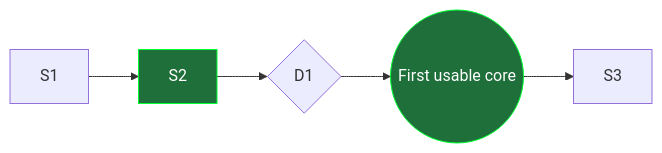
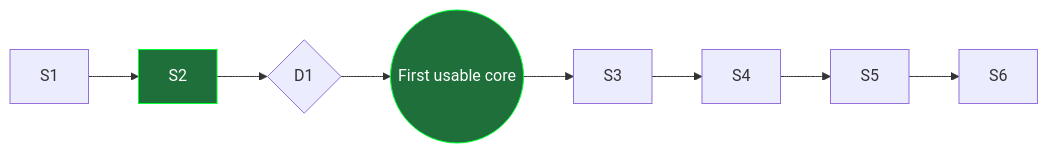
The second of 2 diagrams in .cursor/skills/project-status-slice-report/REFERENCE.md (eunai/skills), drawn with Mermaid before and after one commit. The commit also changed other lines of this file and 4 other files, not shown here.

````diff
--- a/.cursor/skills/project-status-slice-report/REFERENCE.md
+++ b/.cursor/skills/project-status-slice-report/REFERENCE.md
@@ -110,14 +131,18 @@
 ```mermaid
 flowchart LR
   S1["S1 <slice title>"]
   S2["S2 <slice title>"]:::done
   D1{"D1 <decision?>"}
   M1(("First usable core")):::done
   S3["S3 <next slice title>"]
+  S4["S4 <slice title>"]
+  S5["S5 <slice title>"]
+  S6["S6 <slice title>"]
 
   S1 --> S2 --> D1
-  D1 --> M1 --> S3
+  D1 --> M1 --> S3 --> S4 --> S5
+  S5 --> S6
 
   classDef done fill:#1f6f3a,color:#fff,stroke:#0f3,stroke-width:1px;
   classDef milestone fill:#264653,color:#fff,stroke:#a0c8d8,stroke-width:1px;
 ```
````
